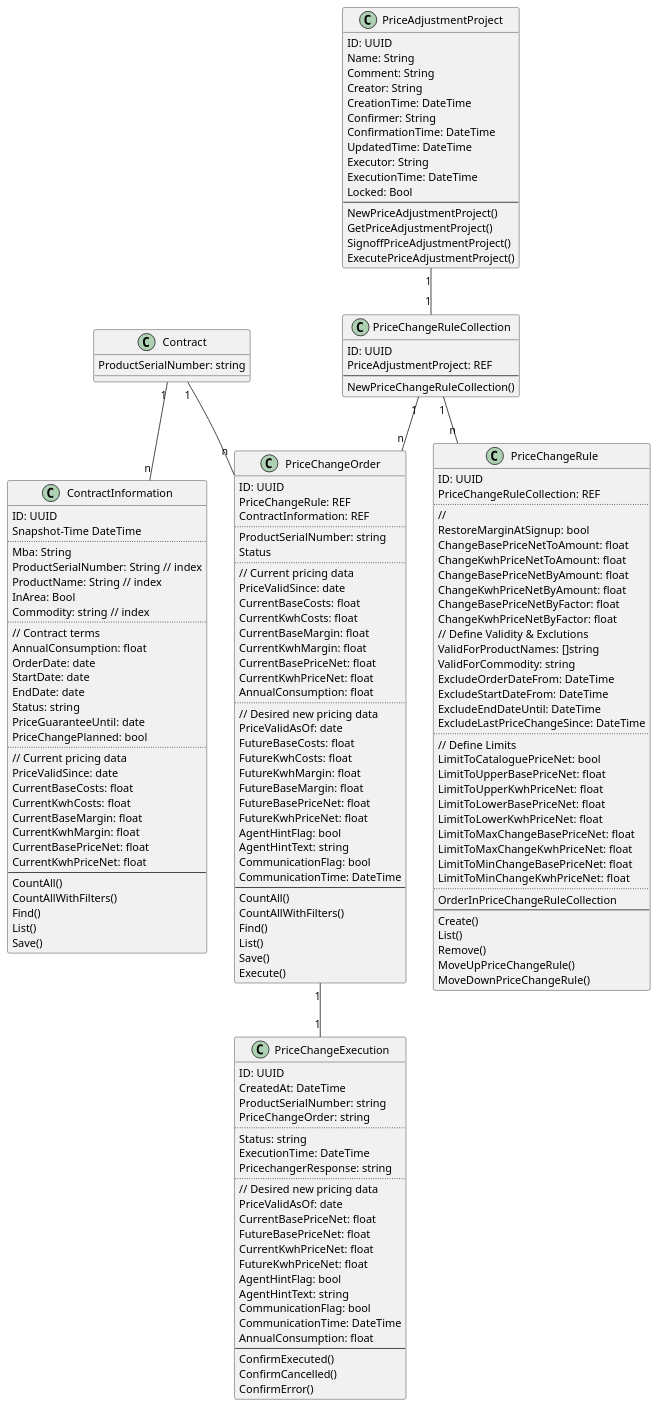
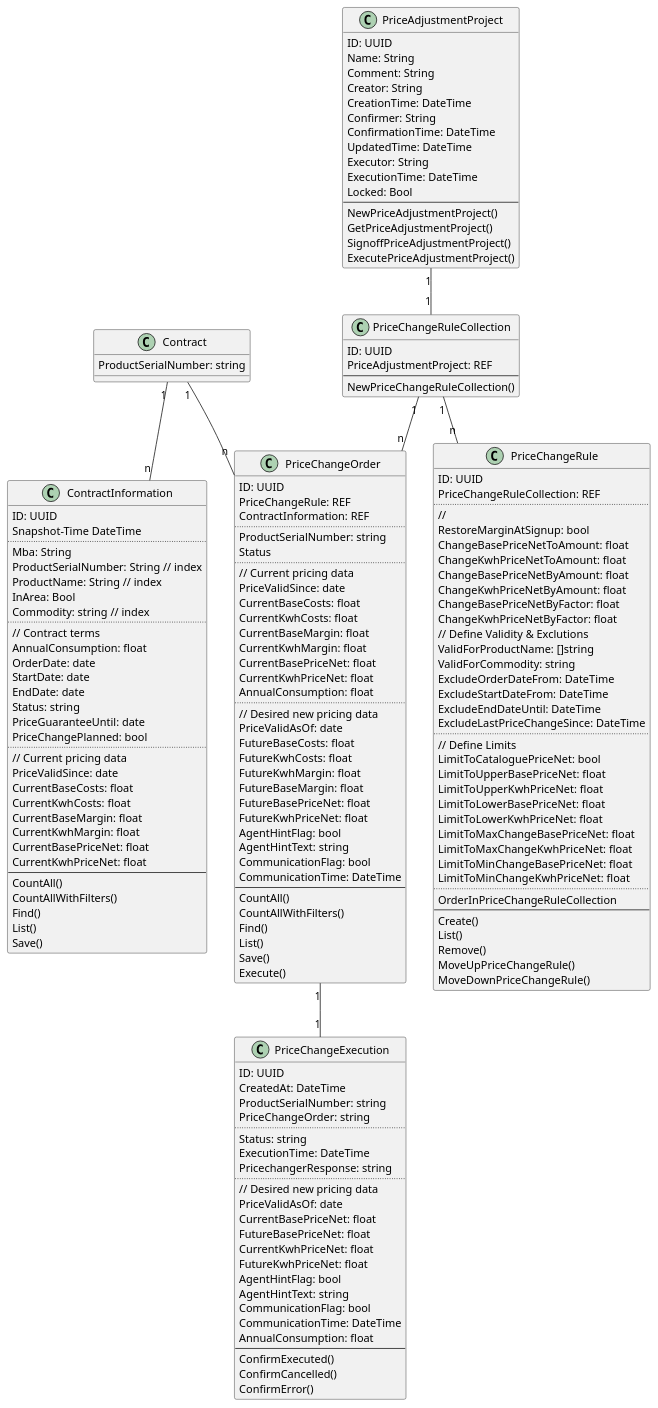
One commit to matthiasmohr/mm-vertragspreisanpasser-service changed the diagram in attachments/datamodel.puml. Above: the diagram before and after it, drawn with PlantUML. The commit also changed 18 other files, not shown here.

```diff
--- a/attachments/datamodel.puml
+++ b/attachments/datamodel.puml
@@ -1,180 +1,180 @@
 @startuml
 
 class Contract {
   ProductSerialNumber: string
  }
 
 class PriceAdjustmentProject {
   ID: UUID
   Name: String
   Comment: String
   Creator: String
   CreationTime: DateTime
   Confirmer: String
   ConfirmationTime: DateTime
   UpdatedTime: DateTime
   Executor: String
   ExecutionTime: DateTime
   Locked: Bool
   --
   NewPriceAdjustmentProject()
   GetPriceAdjustmentProject()
   SignoffPriceAdjustmentProject()
   ExecutePriceAdjustmentProject()
 }
 
 class PriceChangeRuleCollection {
     ID: UUID
     PriceAdjustmentProject: REF
     --
     NewPriceChangeRuleCollection()
 }
 
 class PriceChangeRule {
     ID: UUID
     PriceChangeRuleCollection: REF
     ..
     //
     RestoreMarginAtSignup: bool
     ChangeBasePriceNetToAmount: float
     ChangeKwhPriceNetToAmount: float
     ChangeBasePriceNetByAmount: float
     ChangeKwhPriceNetByAmount: float
     ChangeBasePriceNetByFactor: float
     ChangeKwhPriceNetByFactor: float
     // Define Validity & Exclutions
-	ValidForProductNames: []string
+	ValidForProductName: []string
 	ValidForCommodity: string
 	ExcludeOrderDateFrom: DateTime
 	ExcludeStartDateFrom: DateTime
 	ExcludeEndDateUntil: DateTime
 	ExcludeLastPriceChangeSince: DateTime
 	..
 	// Define Limits
 	LimitToCataloguePriceNet: bool
 	LimitToUpperBasePriceNet: float
 	LimitToUpperKwhPriceNet: float
 	LimitToLowerBasePriceNet: float
 	LimitToLowerKwhPriceNet: float
 	LimitToMaxChangeBasePriceNet: float
 	LimitToMaxChangeKwhPriceNet: float
 	LimitToMinChangeBasePriceNet: float
     LimitToMinChangeKwhPriceNet: float
     ..
     OrderInPriceChangeRuleCollection
     --
     Create()
     List()
     Remove()
     MoveUpPriceChangeRule()
     MoveDownPriceChangeRule()
 }
 
 class ContractInformation {
     ID: UUID
     Snapshot-Time DateTime
     ..
     Mba: String
     ProductSerialNumber: String // index
     ProductName: String // index
     InArea: Bool
     Commodity: string // index
     ..
     // Contract terms
     AnnualConsumption: float
     OrderDate: date
     StartDate: date
     EndDate: date
     Status: string
     PriceGuaranteeUntil: date
     PriceChangePlanned: bool
     ..
     // Current pricing data
     PriceValidSince: date
     CurrentBaseCosts: float
     CurrentKwhCosts: float
     CurrentBaseMargin: float
     CurrentKwhMargin: float
     CurrentBasePriceNet: float
     CurrentKwhPriceNet: float
     --
     CountAll()
     CountAllWithFilters()
     Find()
     List()
     Save()
 }
 
 class PriceChangeOrder {
     ID: UUID
     PriceChangeRule: REF
     ContractInformation: REF
     ..
     ProductSerialNumber: string
     Status
     ..
     // Current pricing data
     PriceValidSince: date
     CurrentBaseCosts: float
     CurrentKwhCosts: float
     CurrentBaseMargin: float
     CurrentKwhMargin: float
     CurrentBasePriceNet: float
     CurrentKwhPriceNet: float
     AnnualConsumption: float
     ..
     // Desired new pricing data
     PriceValidAsOf: date
     FutureBaseCosts: float
     FutureKwhCosts: float
     FutureKwhMargin: float
     FutureBaseMargin: float
     FutureBasePriceNet: float
     FutureKwhPriceNet: float
     AgentHintFlag: bool
     AgentHintText: string
     CommunicationFlag: bool
     CommunicationTime: DateTime
     --
     CountAll()
     CountAllWithFilters()
     Find()
     List()
     Save()
     Execute()
 }
 
 class PriceChangeExecution {
     ID: UUID
     CreatedAt: DateTime
     ProductSerialNumber: string
     PriceChangeOrder: string
     ..
     Status: string
     ExecutionTime: DateTime
     PricechangerResponse: string
     ..
     // Desired new pricing data
     PriceValidAsOf: date
     CurrentBasePriceNet: float
     FutureBasePriceNet: float
     CurrentKwhPriceNet: float
     FutureKwhPriceNet: float
     AgentHintFlag: bool
     AgentHintText: string
     CommunicationFlag: bool
     CommunicationTime: DateTime
     AnnualConsumption: float
     --
     ConfirmExecuted()
     ConfirmCancelled()
     ConfirmError()
 }
 
 PriceAdjustmentProject "1" -- "1" PriceChangeRuleCollection
 PriceChangeRuleCollection "1" -- "n" PriceChangeRule
 PriceChangeRuleCollection "1" -- "n" PriceChangeOrder
 Contract "1" -- "n" ContractInformation
 Contract "1" -- "n" PriceChangeOrder
 PriceChangeOrder "1" -- "1" PriceChangeExecution
 @enduml
```
